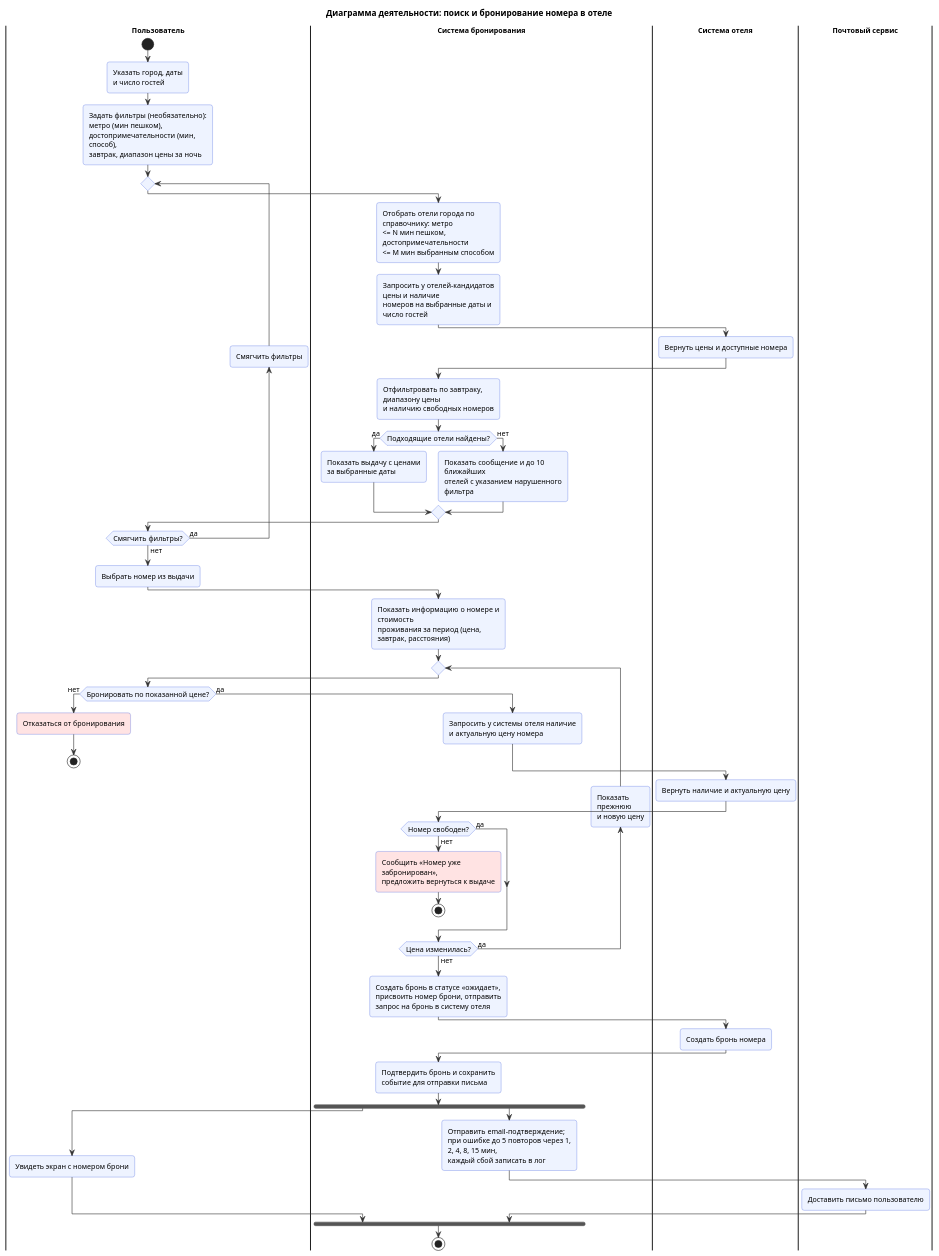
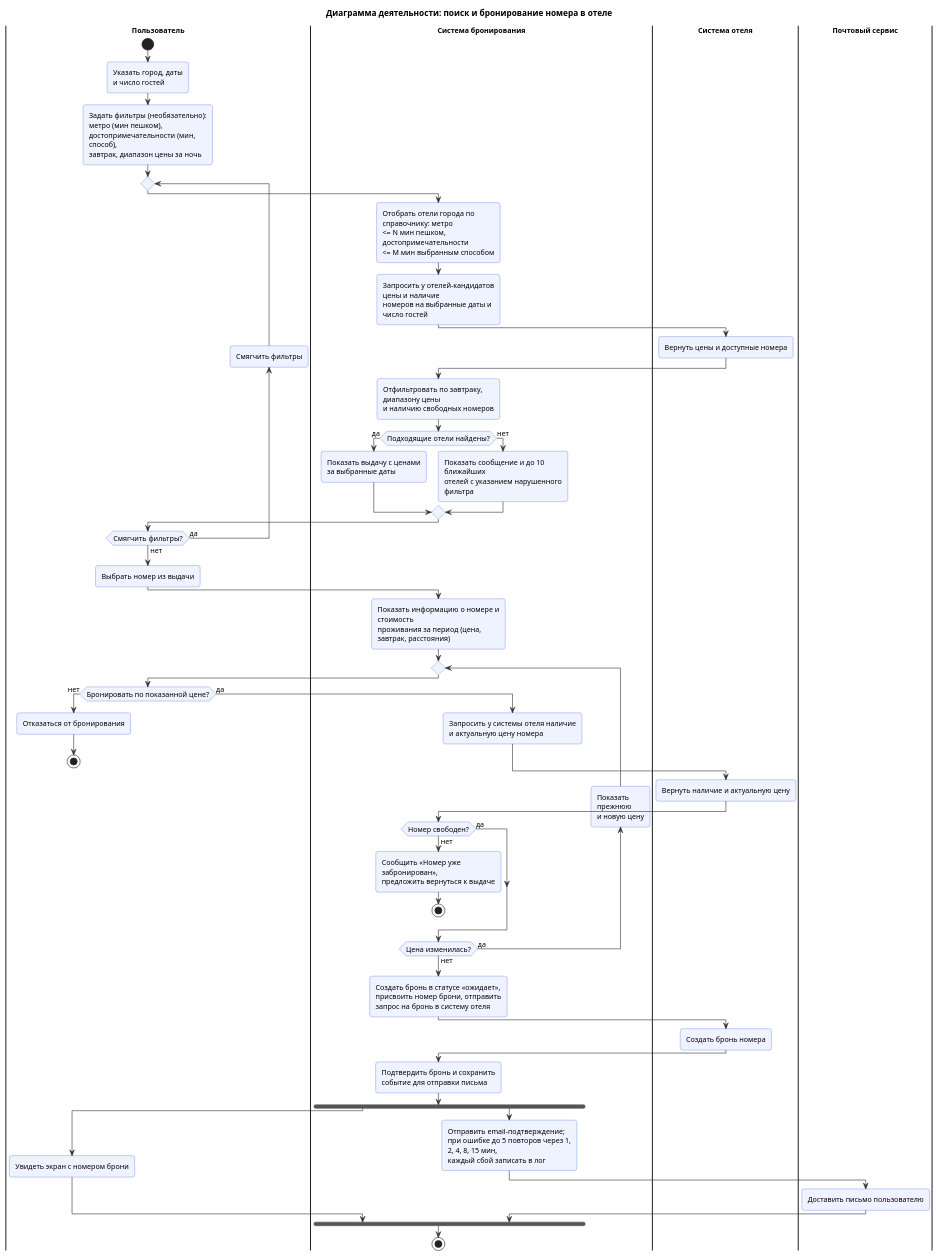
Before and after one commit to Remsely/cu-system-analysis: the diagram in hw2/1_2_activity.puml, drawn with PlantUML.

Commit message:
fix: drop deprecated inline colors from activity diagram
Newer PlantUML warns that "#COLOR:action;" is deprecated and ignores
the color; the highlight was decorative, so it is removed.

Claude-Session: https://claude.ai/code/session_01GqxdLWzwTh89iq96gpoYoC

```diff
--- a/hw2/1_2_activity.puml
+++ b/hw2/1_2_activity.puml
@@ -1,81 +1,81 @@
 @startuml
 
 skinparam shadowing false
 skinparam defaultFontSize 12
 skinparam backgroundColor white
 skinparam roundCorner 8
 skinparam ArrowColor #333333
 skinparam wrapWidth 220
 skinparam activity {
   BackgroundColor #EEF3FF
   BorderColor #3B5BDB
 }
 skinparam swimlaneTitleFontStyle bold
 
 title Диаграмма деятельности: поиск и бронирование номера в отеле
 
 |Пользователь|
 start
 :Указать город, даты\nи число гостей;
 
 :Задать фильтры (необязательно): метро (мин пешком),\nдостопримечательности (мин, способ),\nзавтрак, диапазон цены за ночь;
 repeat
   |Система бронирования|
   :Отобрать отели города по справочнику: метро\n<= N мин пешком, достопримечательности\n<= M мин выбранным способом;
   :Запросить у отелей-кандидатов цены и наличие\nномеров на выбранные даты и число гостей;
   |Система отеля|
   :Вернуть цены и доступные номера;
   |Система бронирования|
   :Отфильтровать по завтраку, диапазону цены\nи наличию свободных номеров;
   if (Подходящие отели найдены?) then (да)
     :Показать выдачу с ценами\nза выбранные даты;
   else (нет)
     :Показать сообщение и до 10 ближайших\nотелей с указанием нарушенного фильтра;
   endif
   |Пользователь|
 backward :Смягчить фильтры;
 repeat while (Смягчить фильтры?) is (да) not (нет)
 
 |Пользователь|
 :Выбрать номер из выдачи;
 |Система бронирования|
 :Показать информацию о номере и стоимость\nпроживания за период (цена, завтрак, расстояния);
 repeat
   |Пользователь|
   if (Бронировать по показанной цене?) then (нет)
-    #FFE3E3:Отказаться от бронирования;
+    :Отказаться от бронирования;
     stop
   else (да)
     |Система бронирования|
     :Запросить у системы отеля наличие\nи актуальную цену номера;
   endif
   |Система отеля|
   :Вернуть наличие и актуальную цену;
   |Система бронирования|
   if (Номер свободен?) then (нет)
-    #FFE3E3:Сообщить «Номер уже забронирован»,\nпредложить вернуться к выдаче;
+    :Сообщить «Номер уже забронирован»,\nпредложить вернуться к выдаче;
     stop
   else (да)
   endif
 |Система бронирования|
 backward :Показать\nпрежнюю\nи новую цену;
 repeat while (Цена изменилась?) is (да) not (нет)
 
 :Создать бронь в статусе «ожидает»,\nприсвоить номер брони, отправить\nзапрос на бронь в систему отеля;
 |Система отеля|
 :Создать бронь номера;
 |Система бронирования|
 :Подтвердить бронь и сохранить\nсобытие для отправки письма;
 fork
   |Пользователь|
   :Увидеть экран с номером брони;
 fork again
   |Система бронирования|
   :Отправить email-подтверждение;\nпри ошибке до 5 повторов через 1, 2, 4, 8, 15 мин,\nкаждый сбой записать в лог;
   |Почтовый сервис|
   :Доставить письмо пользователю;
   |Система бронирования|
 end fork
 stop
 
 @enduml
```
